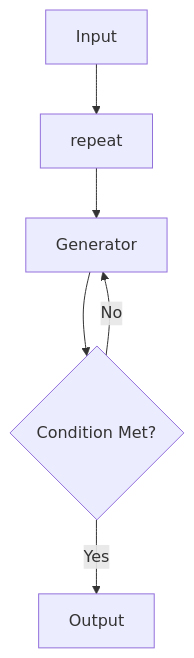
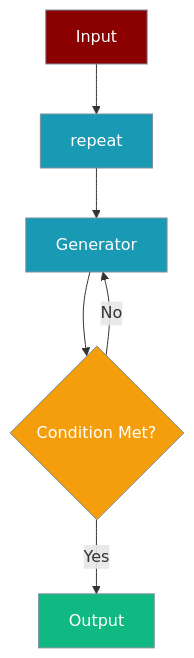
Before and after one commit to MervinPraison/PraisonAIDocs: the diagram in docs/features/workflow-repeat.mdx, drawn with Mermaid. The commit also changed other lines of this file and 4 other files, not shown here.

````diff
--- a/docs/features/workflow-repeat.mdx
+++ b/docs/features/workflow-repeat.mdx
@@ -11,8 +12,18 @@
 ```mermaid
 graph TD
     A[Input] --> B[repeat]
     B --> C[Generator]
     C --> D{Condition Met?}
     D -->|No| C
     D -->|Yes| E[Output]
+    
+    classDef input fill:#8B0000,stroke:#7C90A0,color:#fff
+    classDef process fill:#189AB4,stroke:#7C90A0,color:#fff
+    classDef decision fill:#F59E0B,stroke:#7C90A0,color:#fff
+    classDef output fill:#10B981,stroke:#7C90A0,color:#fff
+    
+    class A input
+    class B,C process
+    class D decision
+    class E output
 ```
````
